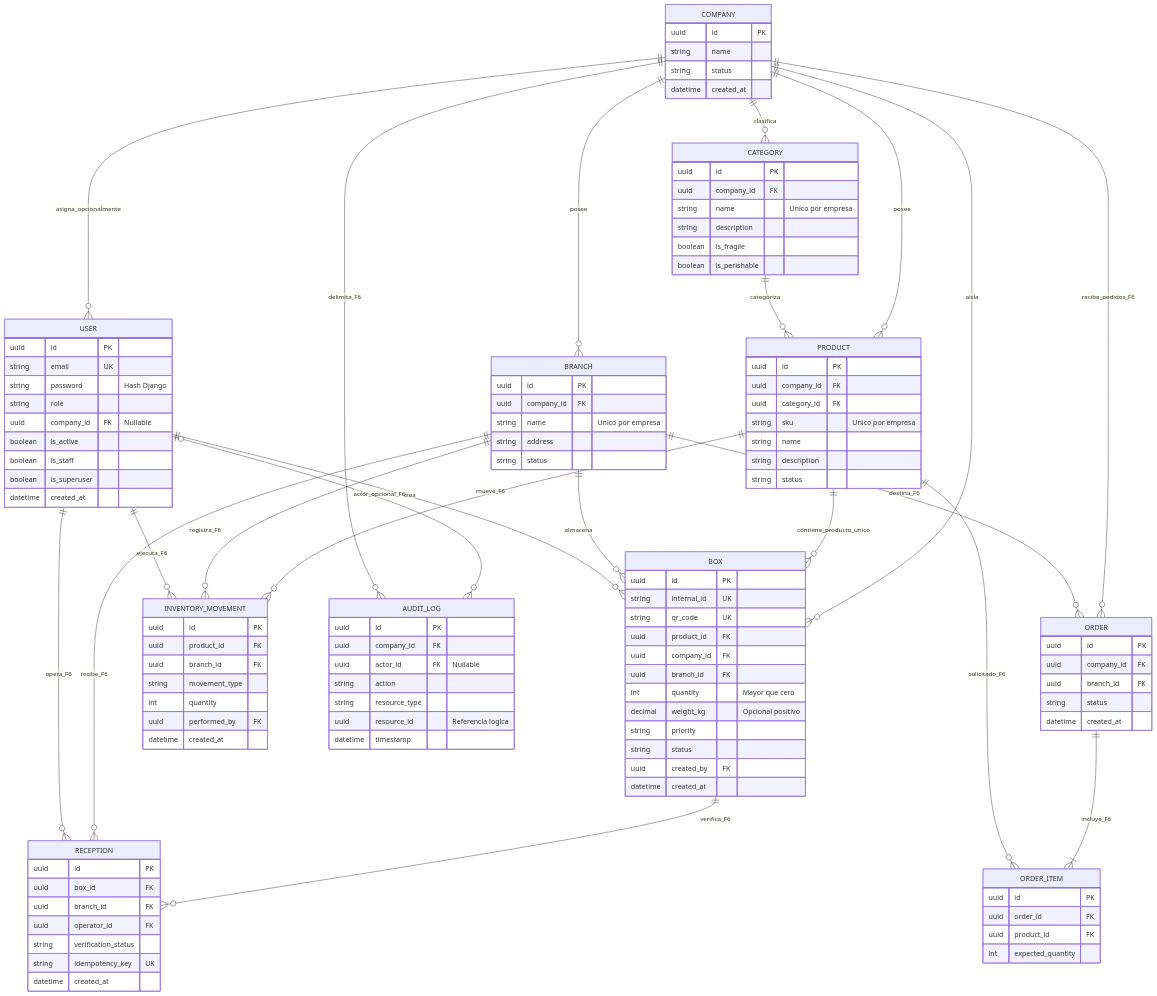
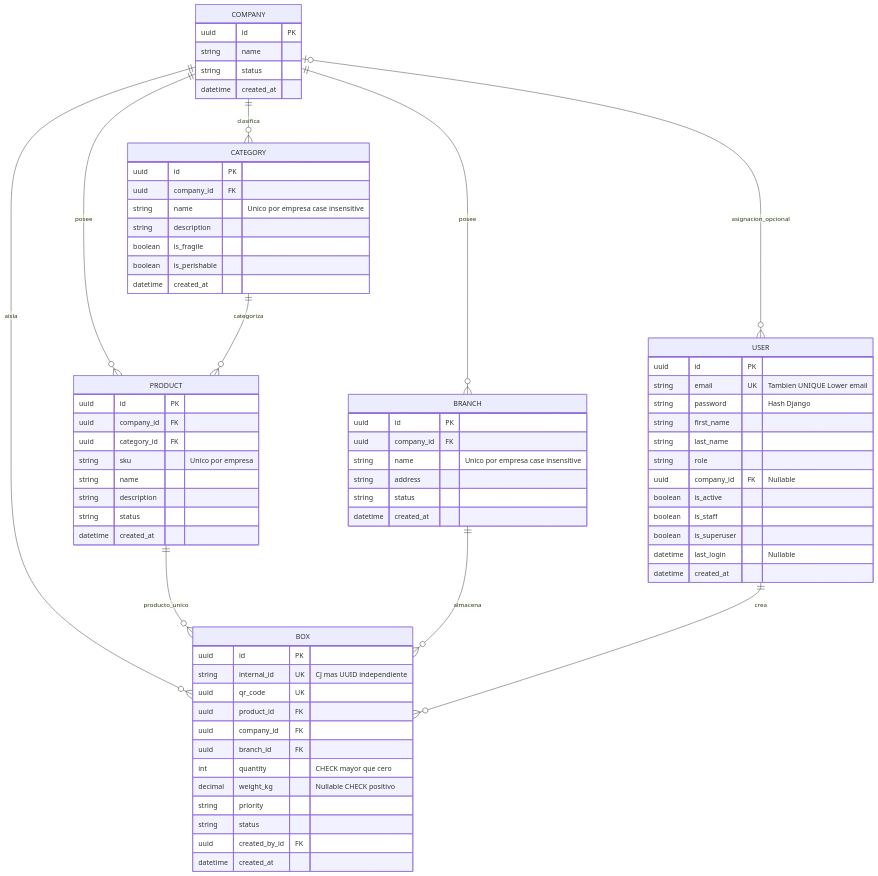
Before and after one commit to anthonyarana-debug/logistech-2.0: the diagram in docs/MODELO_DATOS.mmd, drawn with Mermaid. The commit also changed 56 other files, not shown here.

Commit message:
feat: implementa modelos y autenticación de fase 2 con diseño documentado

```diff
--- a/docs/MODELO_DATOS.mmd
+++ b/docs/MODELO_DATOS.mmd
@@ -1,121 +1,74 @@
-%% Diseño conceptual de FASE 0; ninguna entidad está implementada.
-%% Núcleo previsto F2: COMPANY, USER, BRANCH, CATEGORY, PRODUCT, BOX.
-%% Extensión F6: ORDER, ORDER_ITEM, RECEPTION, INVENTORY_MOVEMENT, AUDIT_LOG.
-%% Las relaciones por empresa requieren validación de coherencia adicional a las FK.
+%% Esquema de negocio implementado en F2 y contrastado con 0001_initial.
+%% Se omiten tablas de framework (Django auth, sesiones, Admin y blacklist); ver BASE_DE_DATOS.md.
+%% UNIQUE por empresa y CHECK se detallan en modelos/migraciones/documentación.
 erDiagram
-    COMPANY ||--o{ USER : asigna_opcionalmente
+    COMPANY o|--o{ USER : asignacion_opcional
     COMPANY ||--o{ BRANCH : posee
     COMPANY ||--o{ CATEGORY : clasifica
     COMPANY ||--o{ PRODUCT : posee
     COMPANY ||--o{ BOX : aisla
     CATEGORY ||--o{ PRODUCT : categoriza
-    PRODUCT ||--o{ BOX : contiene_producto_unico
+    PRODUCT ||--o{ BOX : producto_unico
     BRANCH ||--o{ BOX : almacena
     USER ||--o{ BOX : crea
-    COMPANY ||--o{ ORDER : recibe_pedidos_F6
-    BRANCH ||--o{ ORDER : destina_F6
-    ORDER ||--|{ ORDER_ITEM : incluye_F6
-    PRODUCT ||--o{ ORDER_ITEM : solicitado_F6
-    BOX ||--o{ RECEPTION : verifica_F6
-    BRANCH ||--o{ RECEPTION : recibe_F6
-    USER ||--o{ RECEPTION : opera_F6
-    PRODUCT ||--o{ INVENTORY_MOVEMENT : mueve_F6
-    BRANCH ||--o{ INVENTORY_MOVEMENT : registra_F6
-    USER ||--o{ INVENTORY_MOVEMENT : ejecuta_F6
-    USER o|--o{ AUDIT_LOG : actor_opcional_F6
-    COMPANY ||--o{ AUDIT_LOG : delimita_F6
     COMPANY {
         uuid id PK
         string name
         string status
         datetime created_at
     }
     USER {
         uuid id PK
-        string email UK
+        string email UK "Tambien UNIQUE Lower email"
         string password "Hash Django"
+        string first_name
+        string last_name
         string role
         uuid company_id FK "Nullable"
         boolean is_active
         boolean is_staff
         boolean is_superuser
+        datetime last_login "Nullable"
         datetime created_at
     }
     BRANCH {
         uuid id PK
         uuid company_id FK
-        string name "Unico por empresa"
+        string name "Unico por empresa case insensitive"
         string address
         string status
+        datetime created_at
     }
     CATEGORY {
         uuid id PK
         uuid company_id FK
-        string name "Unico por empresa"
+        string name "Unico por empresa case insensitive"
         string description
         boolean is_fragile
         boolean is_perishable
+        datetime created_at
     }
     PRODUCT {
         uuid id PK
         uuid company_id FK
         uuid category_id FK
         string sku "Unico por empresa"
         string name
         string description
         string status
+        datetime created_at
     }
     BOX {
         uuid id PK
-        string internal_id UK
-        string qr_code UK
+        string internal_id UK "CJ mas UUID independiente"
+        uuid qr_code UK
         uuid product_id FK
         uuid company_id FK
         uuid branch_id FK
-        int quantity "Mayor que cero"
-        decimal weight_kg "Opcional positivo"
+        int quantity "CHECK mayor que cero"
+        decimal weight_kg "Nullable CHECK positivo"
         string priority
         string status
-        uuid created_by FK
+        uuid created_by_id FK
         datetime created_at
     }
-    ORDER {
-        uuid id PK
-        uuid company_id FK
-        uuid branch_id FK
-        string status
-        datetime created_at
-    }
-    ORDER_ITEM {
-        uuid id PK
-        uuid order_id FK
-        uuid product_id FK
-        int expected_quantity
-    }
-    RECEPTION {
-        uuid id PK
-        uuid box_id FK
-        uuid branch_id FK
-        uuid operator_id FK
-        string verification_status
-        string idempotency_key UK
-        datetime created_at
-    }
-    INVENTORY_MOVEMENT {
-        uuid id PK
-        uuid product_id FK
-        uuid branch_id FK
-        string movement_type
-        int quantity
-        uuid performed_by FK
-        datetime created_at
-    }
-    AUDIT_LOG {
-        uuid id PK
-        uuid company_id FK
-        uuid actor_id FK "Nullable"
-        string action
-        string resource_type
-        uuid resource_id "Referencia logica"
-        datetime timestamp
-    }
```
